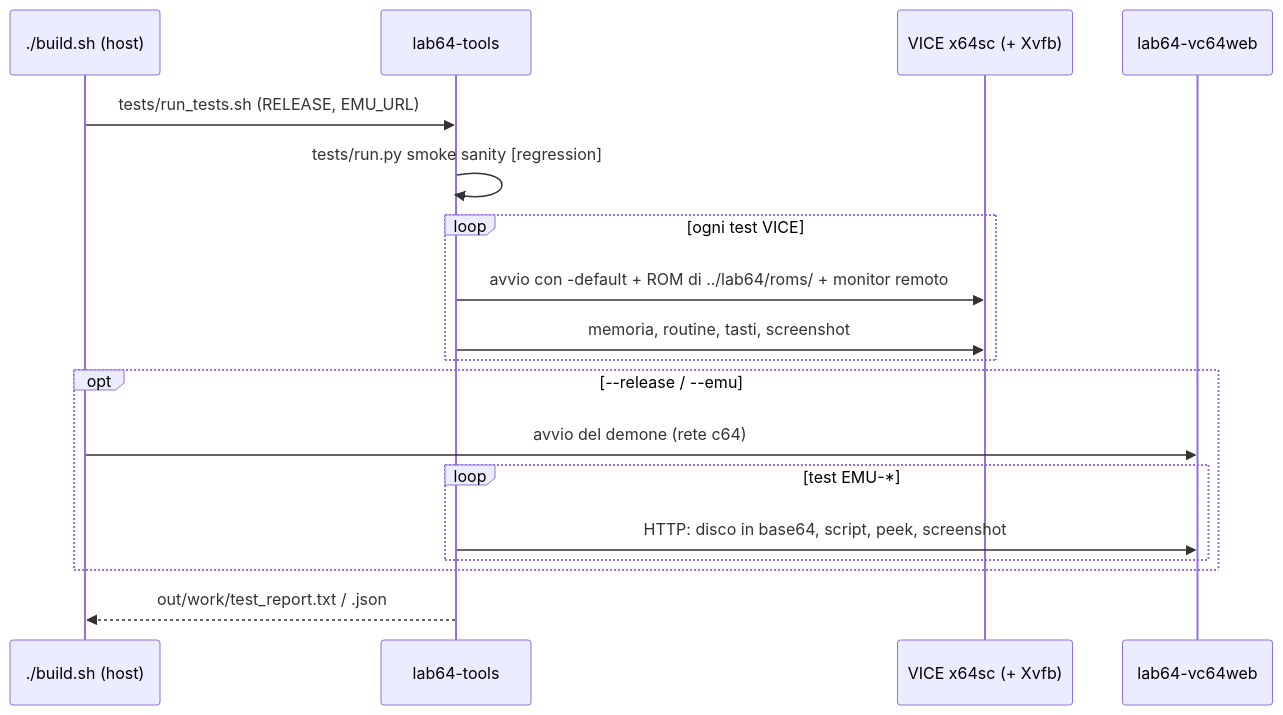
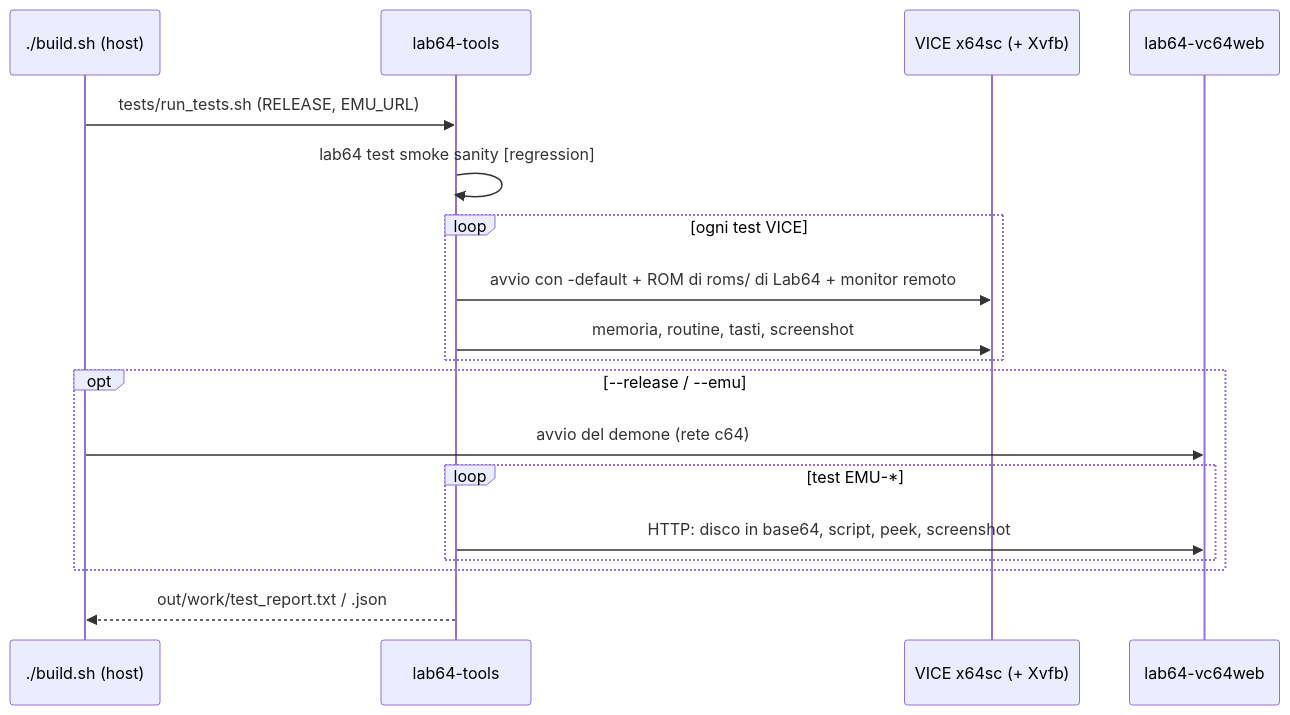
One commit to caporalesimone/barbarian-the-blood-path changed the third of 3 diagrams in docs/getting-started.md. Above: the diagram before and after it, drawn with Mermaid. The commit also changed other lines of this file and 78 other files, not shown here.

````diff
--- a/docs/getting-started.md
+++ b/docs/getting-started.md
@@ -133,20 +136,20 @@
 ```mermaid
 sequenceDiagram
   participant H as ./build.sh (host)
   participant V as lab64-tools
   participant X as VICE x64sc (+ Xvfb)
   participant W as lab64-vc64web
   H->>V: tests/run_tests.sh (RELEASE, EMU_URL)
-  V->>V: tests/run.py smoke sanity [regression]
+  V->>V: lab64 test smoke sanity [regression]
   loop ogni test VICE
-    V->>X: avvio con -default + ROM di ../lab64/roms/ + monitor remoto
+    V->>X: avvio con -default + ROM di roms/ di Lab64 + monitor remoto
     V->>X: memoria, routine, tasti, screenshot
   end
   opt --release / --emu
     H->>W: avvio del demone (rete c64)
     loop test EMU-*
       V->>W: HTTP: disco in base64, script, peek, screenshot
     end
   end
   V-->>H: out/work/test_report.txt / .json
 ```
````
